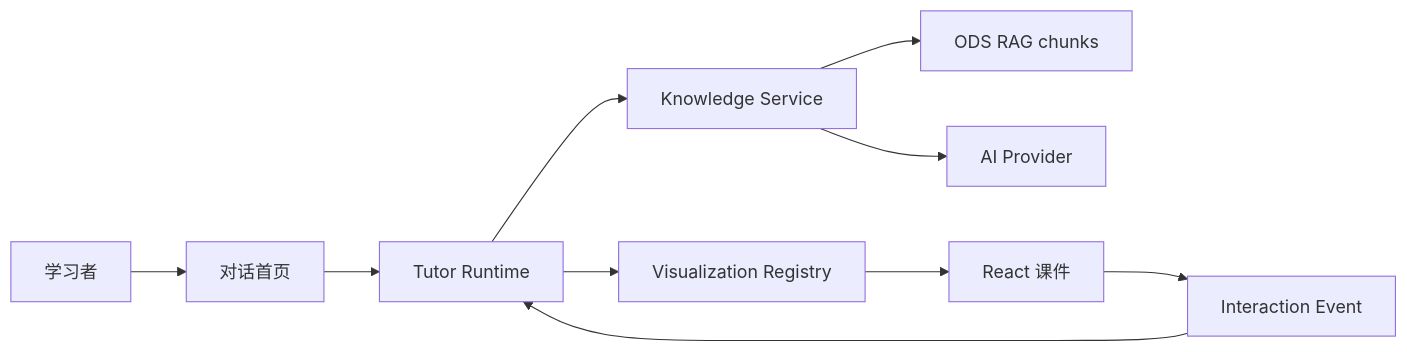
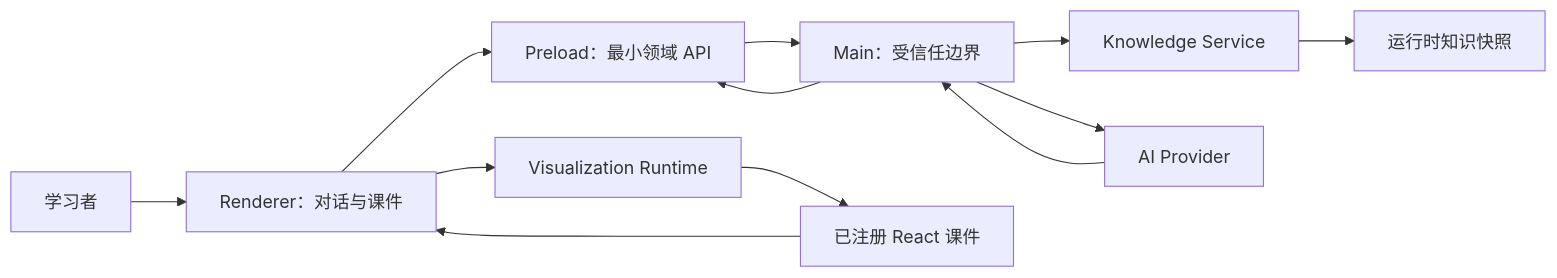
Before and after one commit to umico8832/AiStu: the first of 5 diagrams in docs/ARCHITECTURE.md, drawn with Mermaid. The commit also changed other lines of this file and 516 other files, not shown here.

````diff
--- a/docs/ARCHITECTURE.md
+++ b/docs/ARCHITECTURE.md
@@ -19,12 +30,14 @@
 ```mermaid
 flowchart LR
-    U["学习者"] --> C["对话首页"]
-    C --> T["Tutor Runtime"]
-    T --> K["Knowledge Service"]
-    K --> D["ODS RAG chunks"]
-    K --> A["AI Provider"]
-    T --> V["Visualization Registry"]
-    V --> R["React 课件"]
-    R --> E["Interaction Event"]
-    E --> T
+    U["学习者"] --> R["Renderer：对话与课件"]
+    R --> P["Preload：最小领域 API"]
+    P --> M["Main：受信任边界"]
+    M --> K["Knowledge Service"]
+    K --> S["运行时知识快照"]
+    M --> A["AI Provider"]
+    A --> M
+    M --> P
+    R --> V["Visualization Runtime"]
+    V --> L["已注册 React 课件"]
+    L --> R
 ```
````
